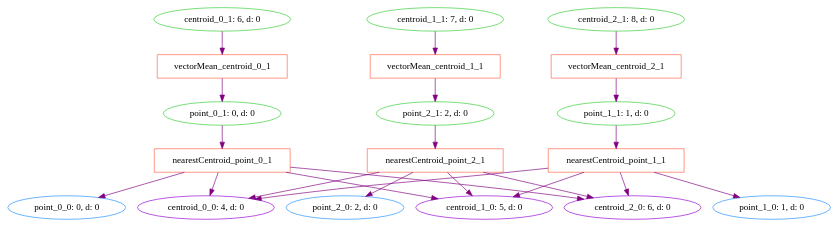
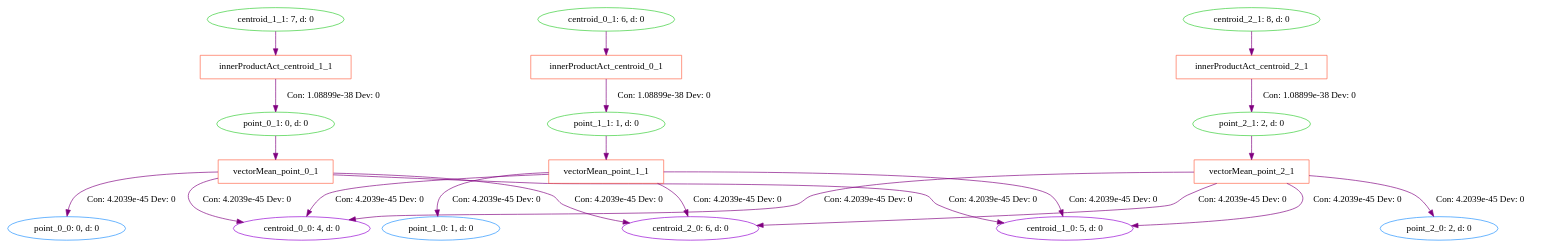
One commit to milliondegree/PXAI changed the diagram in data/toy-kmeans/cprov/test-3-points.dot. Above: the diagram before and after it, drawn with Graphviz. The commit also changed 8 other files, not shown here.

```diff
--- a/data/toy-kmeans/cprov/test-3-points.dot
+++ b/data/toy-kmeans/cprov/test-3-points.dot
@@ -1,62 +1,62 @@
 digraph G {
 0 [label="point_0_0: 0, d: 0", shape=oval, color=dodgerblue];
 1 [label="point_1_0: 1, d: 0", shape=oval, color=dodgerblue];
 2 [label="point_2_0: 2, d: 0", shape=oval, color=dodgerblue];
 3 [label="centroid_0_0: 4, d: 0", shape=oval, color=darkviolet];
 4 [label="centroid_1_0: 5, d: 0", shape=oval, color=darkviolet];
 5 [label="centroid_2_0: 6, d: 0", shape=oval, color=darkviolet];
 6 [label="point_0_1: 0, d: 0", shape=oval, color=limegreen];
-7 [label="nearestCentroid_point_0_1", shape=box, color=tomato];
+7 [label="vectorMean_point_0_1", shape=box, color=tomato];
 8 [label="point_1_1: 1, d: 0", shape=oval, color=limegreen];
-9 [label="nearestCentroid_point_1_1", shape=box, color=tomato];
+9 [label="vectorMean_point_1_1", shape=box, color=tomato];
 10 [label="point_2_1: 2, d: 0", shape=oval, color=limegreen];
-11 [label="nearestCentroid_point_2_1", shape=box, color=tomato];
+11 [label="vectorMean_point_2_1", shape=box, color=tomato];
 12 [label="centroid_0_1: 6, d: 0", shape=oval, color=limegreen];
-13 [label="vectorMean_centroid_0_1", shape=box, color=tomato];
+13 [label="innerProductAct_centroid_0_1", shape=box, color=tomato];
 14 [label="centroid_1_1: 7, d: 0", shape=oval, color=limegreen];
-15 [label="vectorMean_centroid_1_1", shape=box, color=tomato];
+15 [label="innerProductAct_centroid_1_1", shape=box, color=tomato];
 16 [label="centroid_2_1: 8, d: 0", shape=oval, color=limegreen];
-17 [label="vectorMean_centroid_2_1", shape=box, color=tomato];
+17 [label="innerProductAct_centroid_2_1", shape=box, color=tomato];
 6->7  [color=purple]
  [label=""];
 7->3  [color=purple]
- [label=""];
+ [label="Con: 4.2039e-45 Dev: 0"];
 7->4  [color=purple]
- [label=""];
+ [label="Con: 4.2039e-45 Dev: 0"];
 7->5  [color=purple]
- [label=""];
+ [label="Con: 4.2039e-45 Dev: 0"];
 7->0  [color=purple]
- [label=""];
+ [label="Con: 4.2039e-45 Dev: 0"];
 8->9  [color=purple]
  [label=""];
 9->3  [color=purple]
- [label=""];
+ [label="Con: 4.2039e-45 Dev: 0"];
 9->4  [color=purple]
- [label=""];
+ [label="Con: 4.2039e-45 Dev: 0"];
 9->5  [color=purple]
- [label=""];
+ [label="Con: 4.2039e-45 Dev: 0"];
 9->1  [color=purple]
- [label=""];
+ [label="Con: 4.2039e-45 Dev: 0"];
 10->11  [color=purple]
  [label=""];
 11->3  [color=purple]
- [label=""];
+ [label="Con: 4.2039e-45 Dev: 0"];
 11->4  [color=purple]
- [label=""];
+ [label="Con: 4.2039e-45 Dev: 0"];
 11->5  [color=purple]
- [label=""];
+ [label="Con: 4.2039e-45 Dev: 0"];
 11->2  [color=purple]
- [label=""];
+ [label="Con: 4.2039e-45 Dev: 0"];
 12->13  [color=purple]
  [label=""];
-13->6  [color=purple]
- [label=""];
+13->8  [color=purple]
+ [label="Con: 1.08899e-38 Dev: 0"];
 14->15  [color=purple]
  [label=""];
-15->10  [color=purple]
- [label=""];
+15->6  [color=purple]
+ [label="Con: 1.08899e-38 Dev: 0"];
 16->17  [color=purple]
  [label=""];
-17->8  [color=purple]
- [label=""];
+17->10  [color=purple]
+ [label="Con: 1.08899e-38 Dev: 0"];
 }
```
